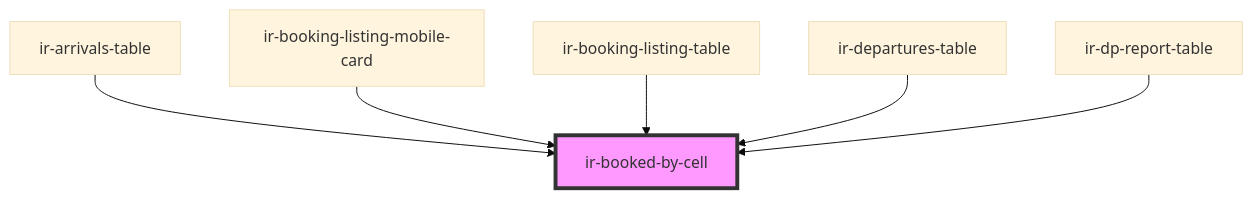
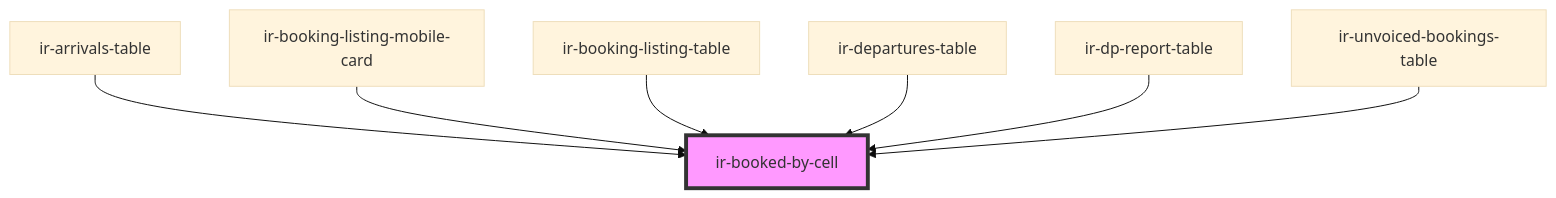
The diagram in src/components/table-cells/booking/ir-booked-by-cell/readme.md (RonyRizk/ir-webcmp), drawn with Mermaid (base theme) before and after one commit. The commit also changed other lines of this file and 244 other files, not shown here.

````diff
--- a/src/components/table-cells/booking/ir-booked-by-cell/readme.md
+++ b/src/components/table-cells/booking/ir-booked-by-cell/readme.md
@@ -46,9 +55,10 @@
 ```mermaid
 graph TD;
   ir-arrivals-table --> ir-booked-by-cell
   ir-booking-listing-mobile-card --> ir-booked-by-cell
   ir-booking-listing-table --> ir-booked-by-cell
   ir-departures-table --> ir-booked-by-cell
   ir-dp-report-table --> ir-booked-by-cell
+  ir-unvoiced-bookings-table --> ir-booked-by-cell
   style ir-booked-by-cell fill:#f9f,stroke:#333,stroke-width:4px
 ```
````
